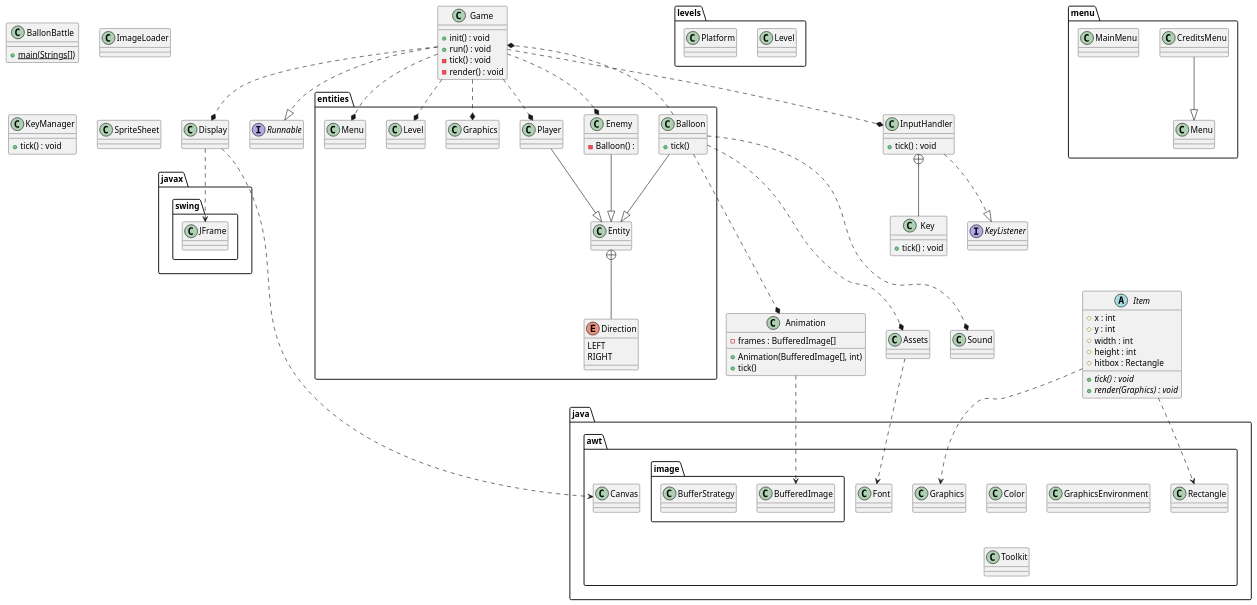
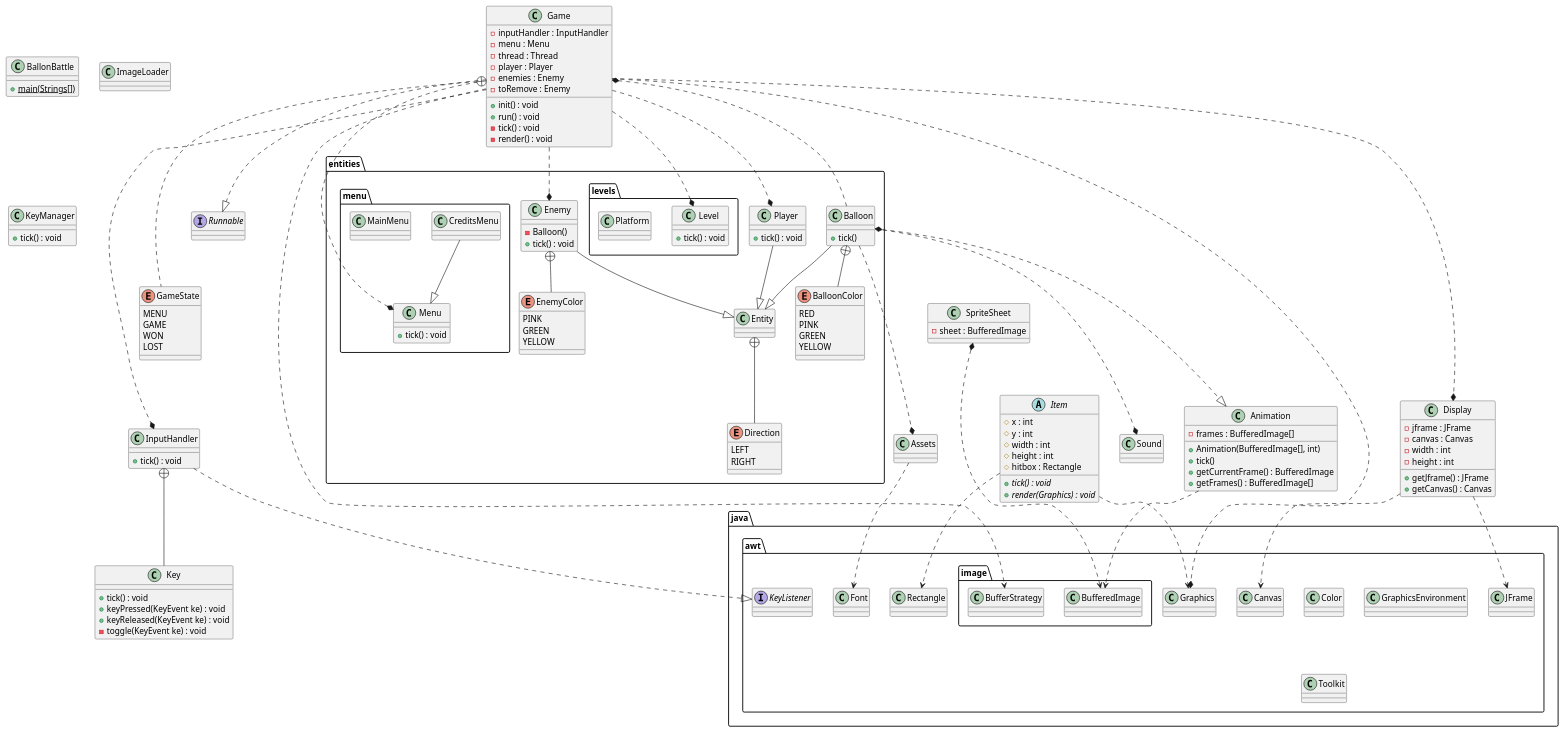
The diagram in doc/1-UML.puml (carl-stewart/balloon-battle), drawn with PlantUML before and after one commit.

Commit message:
updated uml

```diff
--- a/doc/1-UML.puml
+++ b/doc/1-UML.puml
@@ -5,6 +5,8 @@
 -frames : BufferedImage[]
 +Animation(BufferedImage[], int)
 +tick()
++getCurrentFrame() : BufferedImage
++getFrames() : BufferedImage[]
 }
 
 class Assets {}
@@ -13,29 +15,55 @@
 {static}+main(Strings[])
 }
 
-class Display {}
+class Display {
+- jframe : JFrame
+- canvas : Canvas
+- width : int
+- height : int
+
++getJframe() : JFrame
++getCanvas() : Canvas
+
+}
 
 class Game {
 +init() : void
 +run() : void
 -tick() : void
 -render() : void
+-inputHandler : InputHandler
+-menu : Menu
+-thread : Thread
+-player : Player
+-enemies : Enemy
+-toRemove : Enemy
 }
-Game ..|> Runnable
+
+enum GameState {
+MENU
+GAME
+WON
+LOST
+}
 
 interface Runnable {}
 
 class ImageLoader {}
+
 class InputHandler {
 +tick() : void
+
 }
+
 InputHandler +-- Key
 class Key {
 +tick() : void
++keyPressed(KeyEvent ke) : void
++keyReleased(KeyEvent ke) : void
+-toggle(KeyEvent ke) : void
+
 }
 
-InputHandler ..|> KeyListener
-interface KeyListener {}
 
 abstract class Item {
 	# x : int
@@ -45,33 +73,113 @@
    	# hitbox : Rectangle
     {abstract} + tick() : void
     {abstract} + render(Graphics) : void
-
+}
+package java.awt {
+    interface KeyListener {}
 }
 
+InputHandler ..|> KeyListener
 
 class KeyManager {
 + tick() : void
 }
+
 class Sound {}
-class SpriteSheet {}
+
+class SpriteSheet {
+-sheet : BufferedImage
+}
+
 
 package entities {
 
-class Balloon {
-+tick()
+    class Balloon {
+    +tick()
+    }
+
+    enum BalloonColor {
+        RED
+        PINK
+        GREEN
+        YELLOW
+    }
+    Balloon +-- BalloonColor
+    Balloon --|> Entity
+
+    Enemy --|> Entity
+    Player --|> Entity
+    Balloon *...|> Animation
+    Balloon ...* Assets
+    Balloon ...* Game
+    Balloon ...* Sound
+
+    class Enemy {
+        - Balloon()
+        + tick() : void
+    }
+
+    enum EnemyColor {
+        PINK
+        GREEN
+        YELLOW
+    }
+    Enemy +-- EnemyColor
+
+    class Entity {}
+
+
+
+
+    enum Direction {
+        LEFT
+        RIGHT
+    }
+
+    class Player {
+        + tick() : void
+    }
+
+    package levels {
+        class Level {
+        + tick() : void
+        }
+        class Platform {}
+    }
+
+    package menu {
+        class CreditsMenu {}
+        class MainMenu {}
+        class Menu {
+        +tick() : void
+        }
+        CreditsMenu --|> Menu
+    }
+
+package java.awt {
+    class Canvas
+    class Color
+    class Font
+    class Graphics
+    class GraphicsEnvironment
+    class Rectangle
+    class Toolkit
+
+    class JFrame
+
+
+    package image {
+        class BufferedImage
+        class BufferStrategy
+    }
 }
-Balloon --|> Entity
-Enemy --|> Entity
-Player --|> Entity
-Balloon ...* Animation
-Balloon ...* Assets
-Balloon ...* Game
-Balloon ...* Sound
 
-class Enemy {
-    - Balloon() :
-}
-class Entity {}
+Display ..> JFrame
+Display ..> Canvas
+
+Assets ..> Font
+
+Item ..> Rectangle
+Item ..> Graphics
 
 Entity +-- Direction
 Game ..* Enemy
@@ -81,56 +189,13 @@
 Game ..* Level
 Game ...* Menu
 Game ..* InputHandler
+Game +... GameState
+Game ..|> Runnable
+Game ..> BufferStrategy
 
 
-enum Direction {
-    LEFT
-    RIGHT
-}
 
-class Player {}
-}
-
-package levels {
-class Level {}
-class Platform {}
-
-}
-
-package menu {
-class CreditsMenu {}
-class MainMenu {}
-class Menu {}
-CreditsMenu --|> Menu
-}
-
-package java.awt {
-class Canvas
-class Color
-class Font
-class Graphics
-class GraphicsEnvironment
-class Rectangle
-class Toolkit
-
-Assets ..> Font
-
-Item ..> Rectangle
-Item ..> Graphics
-
-package image {
-    class BufferedImage
-    class BufferStrategy
-    Animation ..> BufferedImage
-}
-
-}
-
-package javax.swing {
-class JFrame
-Display ..> JFrame
-Display ..> Canvas
-
-}
+Animation ..> BufferedImage
+SpriteSheet *...> BufferedImage
 
 @enduml
```
